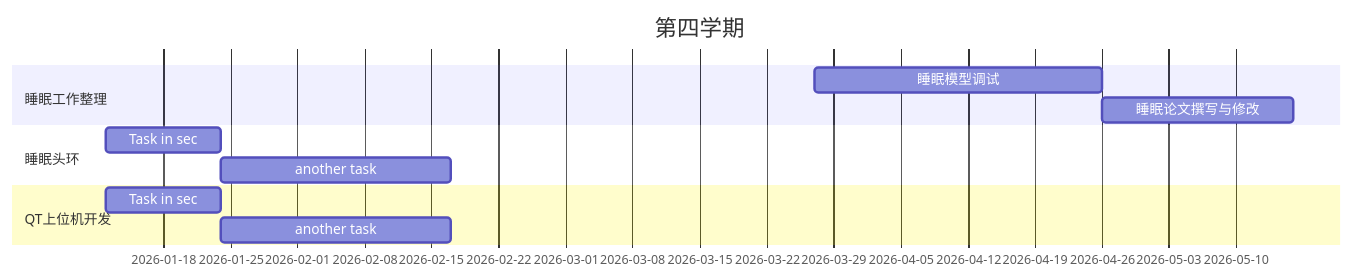
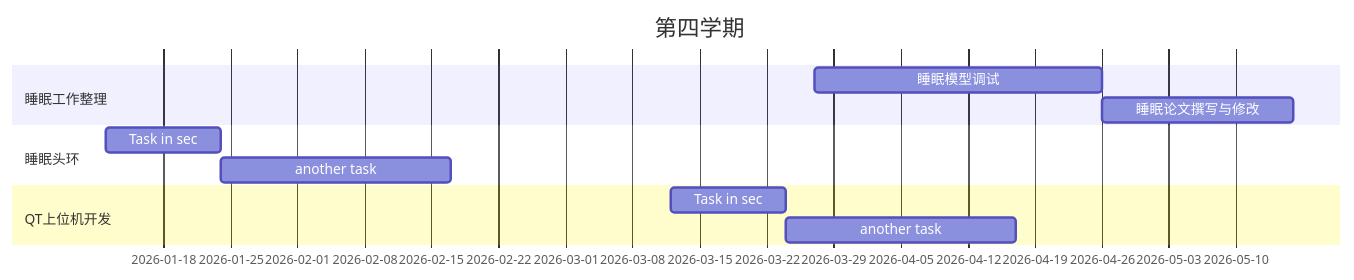
The diagram in all/代码甘特图.md (ChangMY-TJU/iodraw-files), drawn with Mermaid before and after one commit.

Commit message:
2026-03-27 14:41:09 update

````diff
--- a/all/代码甘特图.md
+++ b/all/代码甘特图.md
@@ -1,15 +1,15 @@
 ```mermaid
 gantt
     title 第四学期
     dateFormat  YYYY-MM-DD
     section 睡眠工作整理
     睡眠模型调试      :a1, 2026-03-27, 30d
     睡眠论文撰写与修改     :after a1  , 20d
     section 睡眠头环
     Task in sec      :2026-01-12  , 12d
     another task      : 24d
     section QT上位机开发
-    Task in sec      :2026-01-12  , 12d
+    Task in sec      :2026-03-12  , 12d
     another task      : 24d
 
 ```
````
